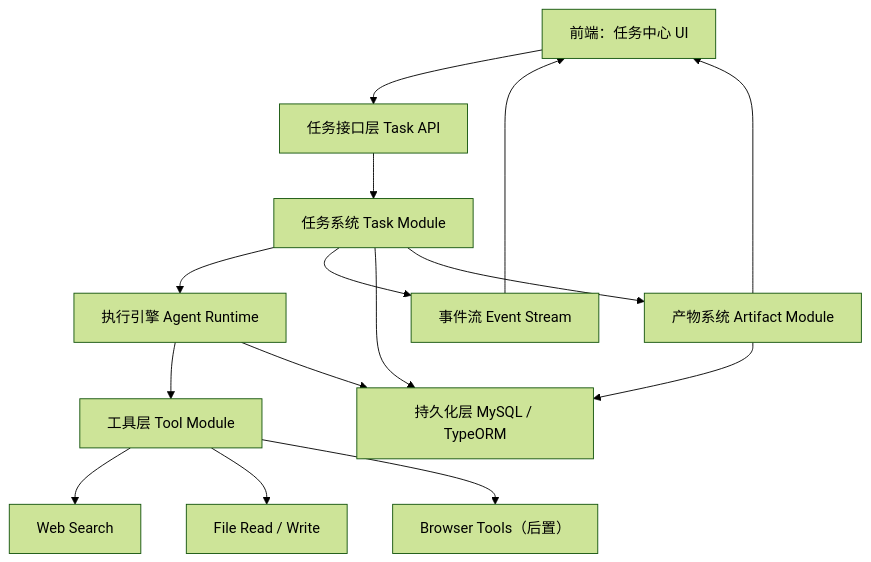
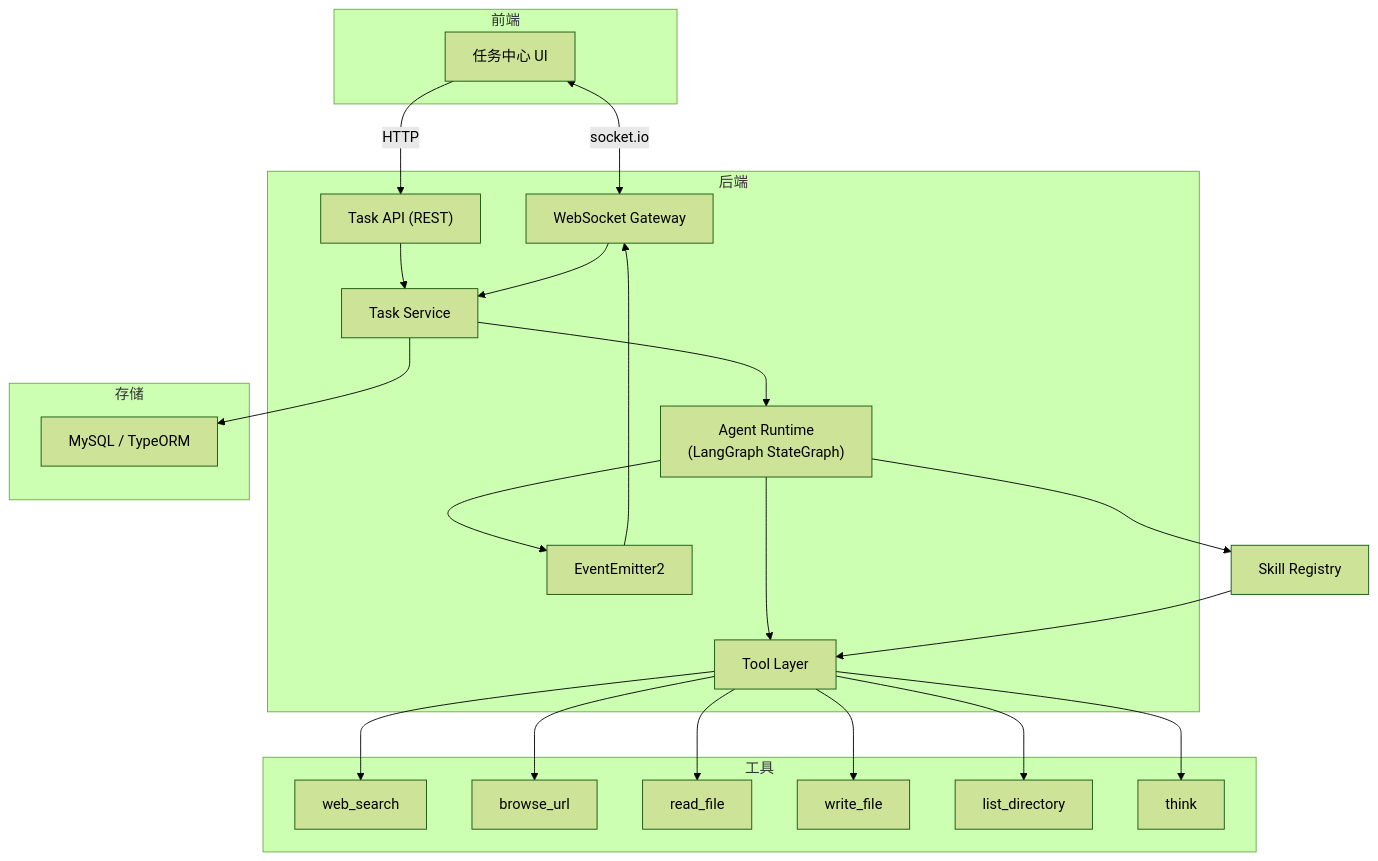
One commit to iceberg211/ai-agent-course-code changed the first of 6 diagrams in docs/简易版-Manus-技术方案总览.md. Above: the diagram before and after it, drawn with Mermaid (forest theme). The commit also changed other lines of this file and 4 other files, not shown here.

````diff
--- a/docs/简易版-Manus-技术方案总览.md
+++ b/docs/简易版-Manus-技术方案总览.md
@@ -31,17 +35,41 @@
 ```mermaid
 flowchart TB
-    A["前端：任务中心 UI"] --> B["任务接口层 Task API"]
-    B --> C["任务系统 Task Module"]
-    C --> D["执行引擎 Agent Runtime"]
-    D --> E["工具层 Tool Module"]
-    C --> F["事件流 Event Stream"]
-    F --> A
-    C --> G["持久化层 MySQL / TypeORM"]
-    D --> G
-    E --> H["Web Search"]
-    E --> I["File Read / Write"]
-    E --> J["Browser Tools（后置）"]
-    C --> K["产物系统 Artifact Module"]
-    K --> G
-    K --> A
+    subgraph 前端
+        UI["任务中心 UI"]
+    end
+
+    subgraph 后端
+        GW["WebSocket Gateway"]
+        API["Task API (REST)"]
+        TS["Task Service"]
+        AR["Agent Runtime\n(LangGraph StateGraph)"]
+        TL["Tool Layer"]
+        EP["EventEmitter2"]
+    end
+
+    subgraph 存储
+        DB["MySQL / TypeORM"]
+    end
+
+    subgraph 工具
+        WS["web_search"]
+        BU["browse_url"]
+        RF["read_file"]
+        WF["write_file"]
+        LD["list_directory"]
+        TH["think"]
+    end
+
+    UI <-->|socket.io| GW
+    UI -->|HTTP| API
+    API --> TS
+    GW --> TS
+    TS --> AR
+    AR --> SL["Skill Registry"]
+    AR --> TL
+    SL --> TL
+    TL --> WS & BU & RF & WF & LD & TH
+    AR --> EP
+    EP --> GW
+    TS --> DB
 ```
````
